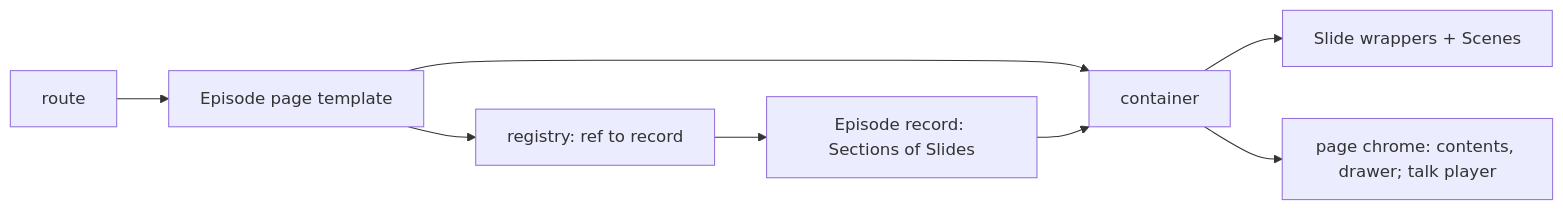
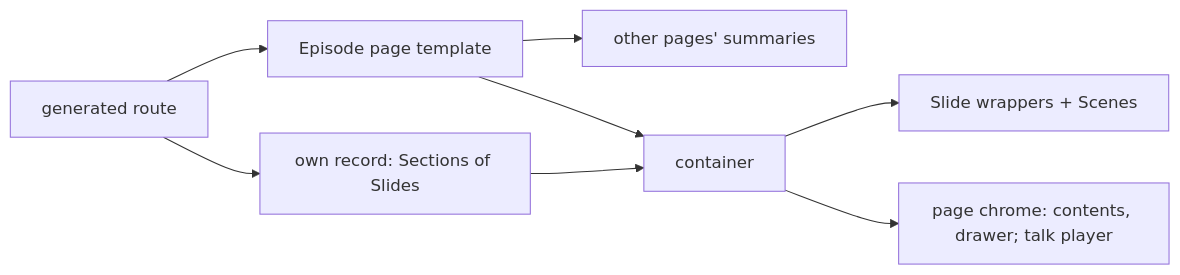
One commit to hancrafted/content-library changed the third of 5 diagrams in .archgate/adrs/FE-004-slide-architecture.md. Above: the diagram before and after it, drawn with Mermaid. The commit also changed other lines of this file and 8 other files, not shown here.

````diff
--- a/.archgate/adrs/FE-004-slide-architecture.md
+++ b/.archgate/adrs/FE-004-slide-architecture.md
@@ -75,10 +75,10 @@
 ```mermaid
 flowchart LR
-  R["route"] --> P["Episode page template"]
-  P --> REG["registry: ref to record"]
-  REG --> REC["Episode record: Sections of Slides"]
+  R["generated route"] --> REC["own record: Sections of Slides"]
+  R --> P["Episode page template"]
+  P --> SUM["other pages' summaries"]
   P --> C["container"]
   REC --> C
   C --> W["Slide wrappers + Scenes"]
   C --> CH["page chrome: contents, drawer; talk player"]
 ```
````
